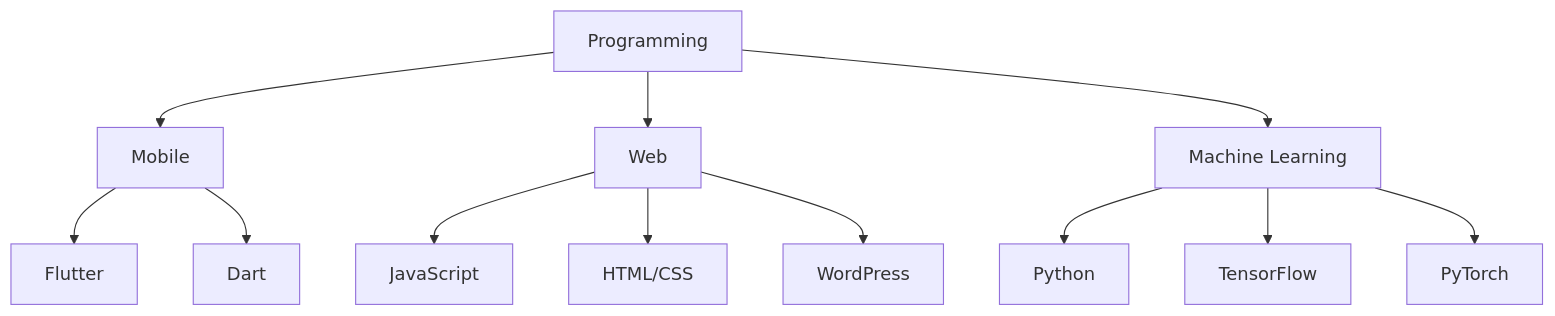
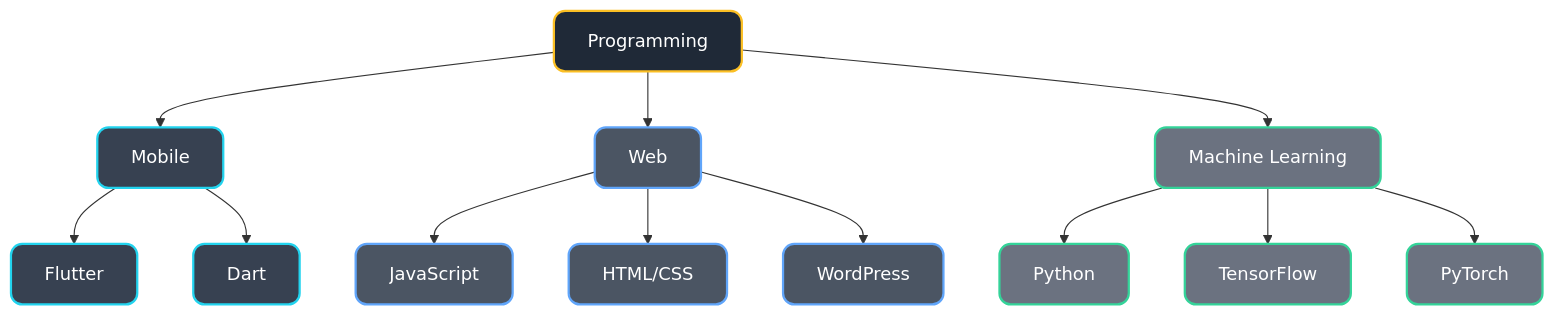
Before and after one commit to nakuldevmv/nakuldevmv: the first of 2 diagrams in README.md, drawn with Mermaid. The commit also changed other lines of this file, not shown here.

````diff
--- a/README.md
+++ b/README.md
@@ -25,17 +26,30 @@
 ```mermaid
 graph TD
     A[Programming] --> B[Mobile]
     A --> C[Web]
     A --> D[Machine Learning]
     
     B --> B1[Flutter]
     B --> B2[Dart]
     
     C --> C1[JavaScript]
     C --> C2[HTML/CSS]
     C --> C3[WordPress]
     
     D --> D1[Python]
     D --> D2[TensorFlow]
     D --> D3[PyTorch]
+
+    %% Define styles for dark theme with appropriate border colors
+    classDef main fill:#1f2937,stroke:#fbbf24,stroke-width:2px,color:#ffffff,rx:10px,ry:10px;
+    classDef mobile fill:#374151,stroke:#22d3ee,stroke-width:2px,color:#ffffff,rx:10px,ry:10px;
+    classDef web fill:#4b5563,stroke:#60a5fa,stroke-width:2px,color:#ffffff,rx:10px,ry:10px;
+    classDef ml fill:#6b7280,stroke:#34d399,stroke-width:2px,color:#ffffff,rx:10px,ry:10px;
+
+    %% Apply styles to nodes
+    class A main;
+    class B,B1,B2 mobile;
+    class C,C1,C2,C3 web;
+    class D,D1,D2,D3 ml;
+
 ```
````
